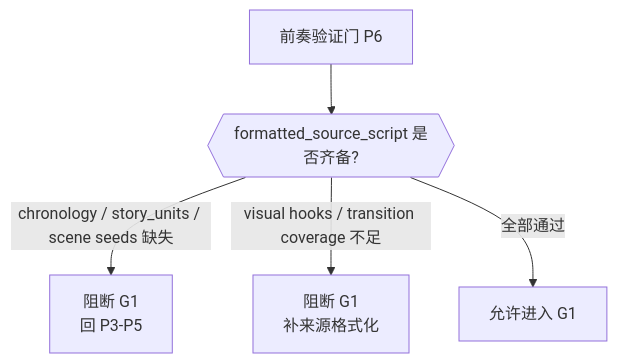
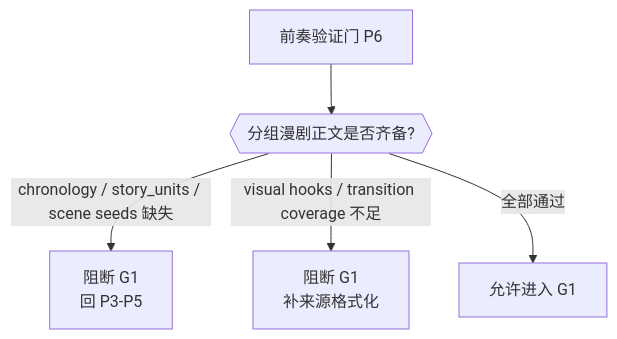
Before and after one commit to ZEN-VOID/AI-CUT: the fifth of 7 diagrams in .agents/skills/comic/2-九刀流漫画提示词/SKILL.md, drawn with Mermaid. The commit also changed other lines of this file and 184 other files, not shown here.

````diff
--- a/.agents/skills/comic/2-九刀流漫画提示词/SKILL.md
+++ b/.agents/skills/comic/2-九刀流漫画提示词/SKILL.md
@@ -268,7 +234,7 @@
 ```mermaid
 flowchart TD
-    A0["前奏验证门 P6"] --> B0{{"formatted_source_script 是否齐备?"}}
+    A0["前奏验证门 P6"] --> B0{{"分组漫剧正文是否齐备?"}}
     B0 -->|"chronology / story_units / scene seeds 缺失"| C0["阻断 G1<br/>回 P3-P5"]
     B0 -->|"visual hooks / transition coverage 不足"| D0["阻断 G1<br/>补来源格式化"]
     B0 -->|"全部通过"| E0["允许进入 G1"]
 ```
````
